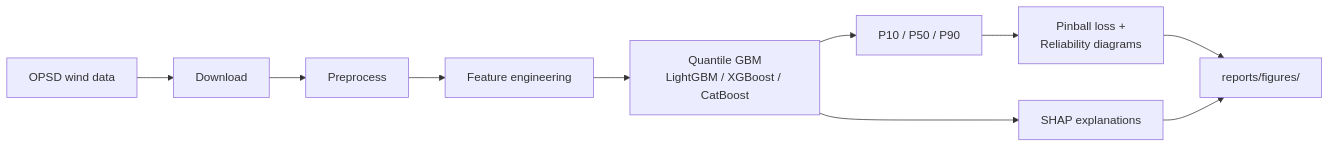
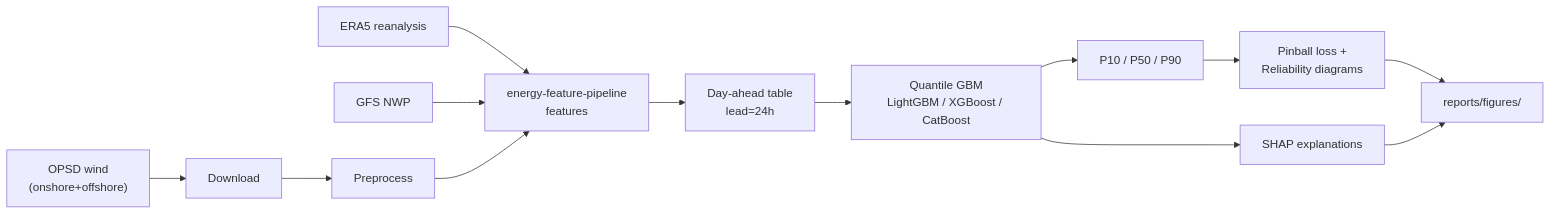
The diagram in README.md (mehmetertac/wind-quantile-forecast-), drawn with Mermaid before and after one commit. The commit also changed other lines of this file and 19 other files, not shown here.

First line of the commit message:
Add day-ahead data pipeline, feature matrix, and rolling-origin CV.

````diff
--- a/README.md
+++ b/README.md
@@ -55,12 +80,15 @@
 ```mermaid
 flowchart LR
-    OPSD["OPSD wind data"] --> Download
+    OPSD["OPSD wind\n(onshore+offshore)"] --> Download
+    ERA5["ERA5 reanalysis"] --> Features
+    NWP["GFS NWP"] --> Features
     Download --> Preprocess
-    Preprocess --> Features["Feature engineering"]
-    Features --> Train["Quantile GBM\nLightGBM / XGBoost / CatBoost"]
+    Preprocess --> Features["energy-feature-pipeline\nfeatures"]
+    Features --> DayAhead["Day-ahead table\nlead=24h"]
+    DayAhead --> Train["Quantile GBM\nLightGBM / XGBoost / CatBoost"]
     Train --> Predict["P10 / P50 / P90"]
     Predict --> Eval["Pinball loss +\nReliability diagrams"]
     Train --> SHAP["SHAP explanations"]
     Eval --> Reports["reports/figures/"]
     SHAP --> Reports
 ```
````
